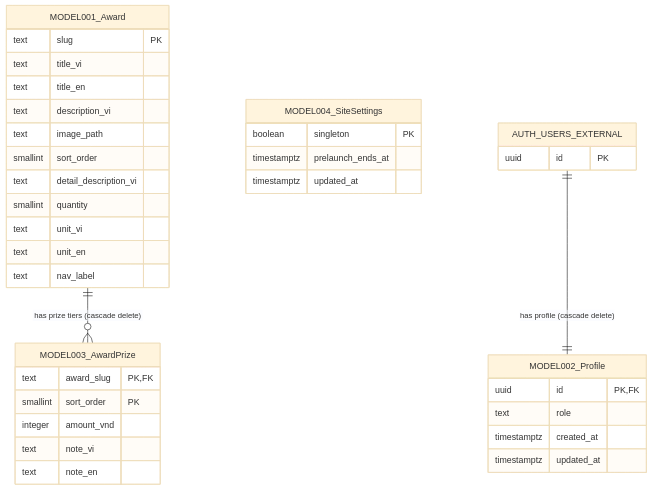
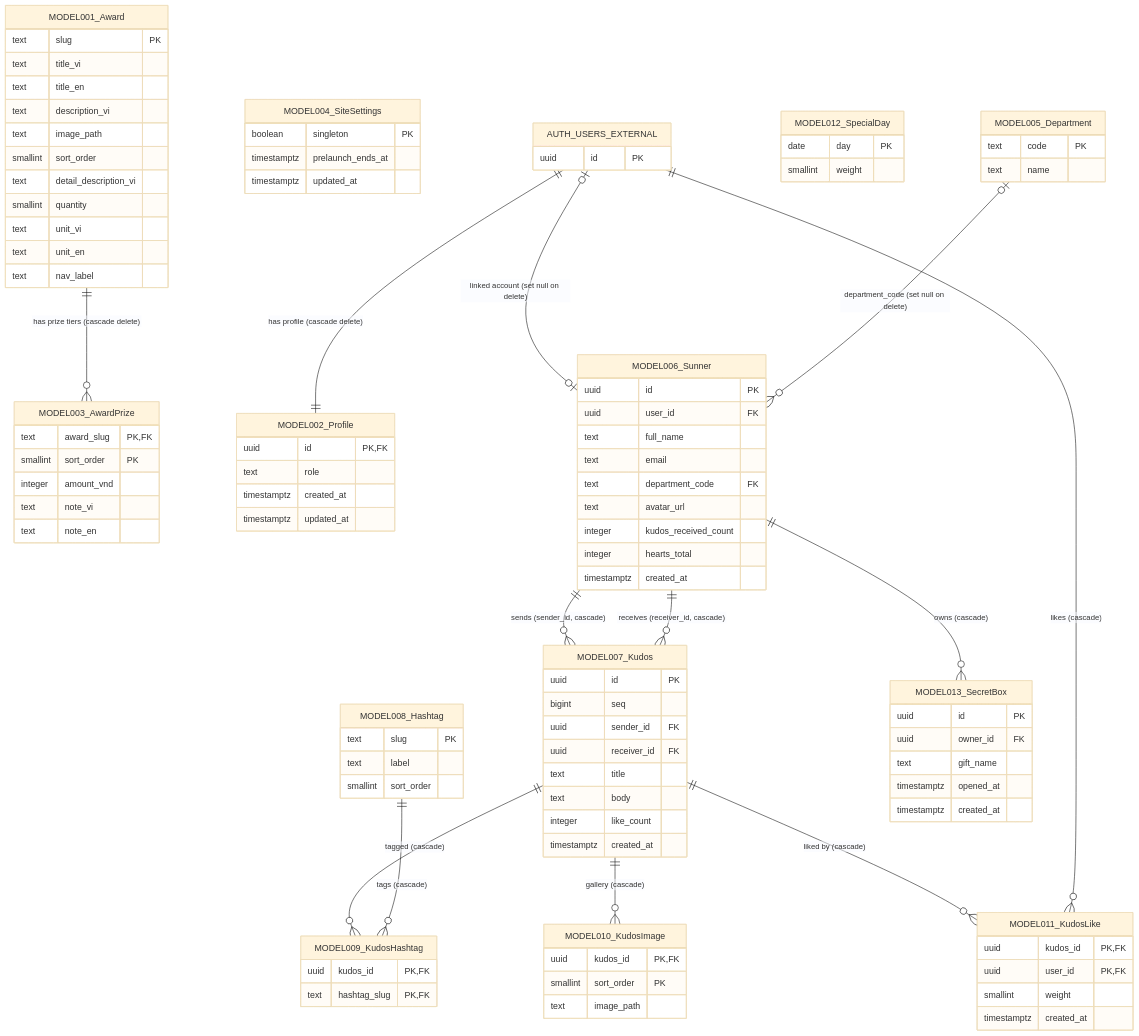
Before and after one commit to lannp-3774/agentic-coding-hands-on: the diagram in docs/generated/entities.md, drawn with Mermaid (base theme). The commit also changed other lines of this file and 27 other files, not shown here.

````diff
--- a/docs/generated/entities.md
+++ b/docs/generated/entities.md
@@ -40,9 +40,75 @@
         timestamptz prelaunch_ends_at
         timestamptz updated_at
     }
+    MODEL005_Department {
+        text code PK
+        text name
+    }
+    MODEL006_Sunner {
+        uuid id PK
+        uuid user_id FK
+        text full_name
+        text email
+        text department_code FK
+        text avatar_url
+        integer kudos_received_count
+        integer hearts_total
+        timestamptz created_at
+    }
+    MODEL007_Kudos {
+        uuid id PK
+        bigint seq
+        uuid sender_id FK
+        uuid receiver_id FK
+        text title
+        text body
+        integer like_count
+        timestamptz created_at
+    }
+    MODEL008_Hashtag {
+        text slug PK
+        text label
+        smallint sort_order
+    }
+    MODEL009_KudosHashtag {
+        uuid kudos_id PK, FK
+        text hashtag_slug PK, FK
+    }
+    MODEL010_KudosImage {
+        uuid kudos_id PK, FK
+        smallint sort_order PK
+        text image_path
+    }
+    MODEL011_KudosLike {
+        uuid kudos_id PK, FK
+        uuid user_id PK, FK
+        smallint weight
+        timestamptz created_at
+    }
+    MODEL012_SpecialDay {
+        date day PK
+        smallint weight
+    }
+    MODEL013_SecretBox {
+        uuid id PK
+        uuid owner_id FK
+        text gift_name
+        timestamptz opened_at
+        timestamptz created_at
+    }
     AUTH_USERS_EXTERNAL {
         uuid id PK
     }
     AUTH_USERS_EXTERNAL ||--|| MODEL002_Profile : "has profile (cascade delete)"
     MODEL001_Award ||--o{ MODEL003_AwardPrize : "has prize tiers (cascade delete)"
+    AUTH_USERS_EXTERNAL |o--o| MODEL006_Sunner : "linked account (set null on delete)"
+    MODEL005_Department |o--o{ MODEL006_Sunner : "department_code (set null on delete)"
+    MODEL006_Sunner ||--o{ MODEL007_Kudos : "sends (sender_id, cascade)"
+    MODEL006_Sunner ||--o{ MODEL007_Kudos : "receives (receiver_id, cascade)"
+    MODEL007_Kudos ||--o{ MODEL009_KudosHashtag : "tagged (cascade)"
+    MODEL008_Hashtag ||--o{ MODEL009_KudosHashtag : "tags (cascade)"
+    MODEL007_Kudos ||--o{ MODEL010_KudosImage : "gallery (cascade)"
+    MODEL007_Kudos ||--o{ MODEL011_KudosLike : "liked by (cascade)"
+    AUTH_USERS_EXTERNAL ||--o{ MODEL011_KudosLike : "likes (cascade)"
+    MODEL006_Sunner ||--o{ MODEL013_SecretBox : "owns (cascade)"
 ```
````
